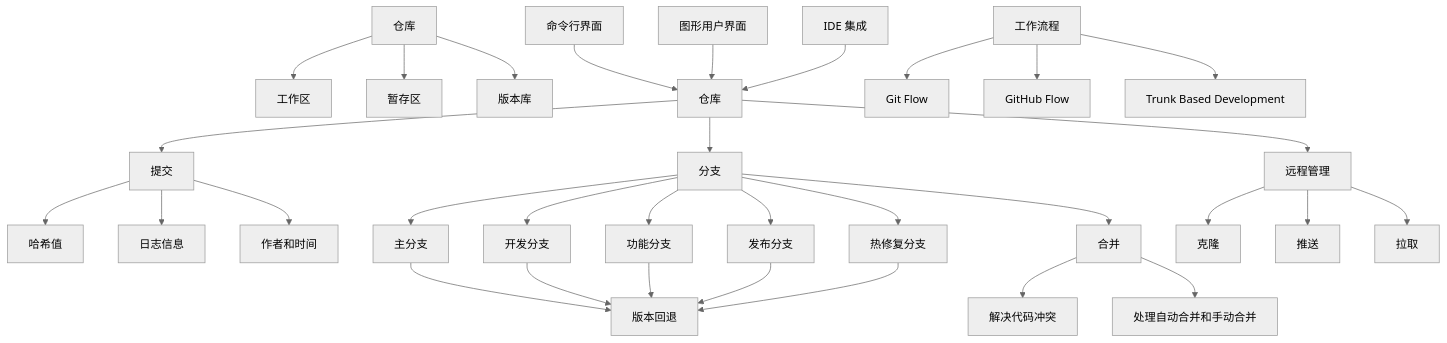
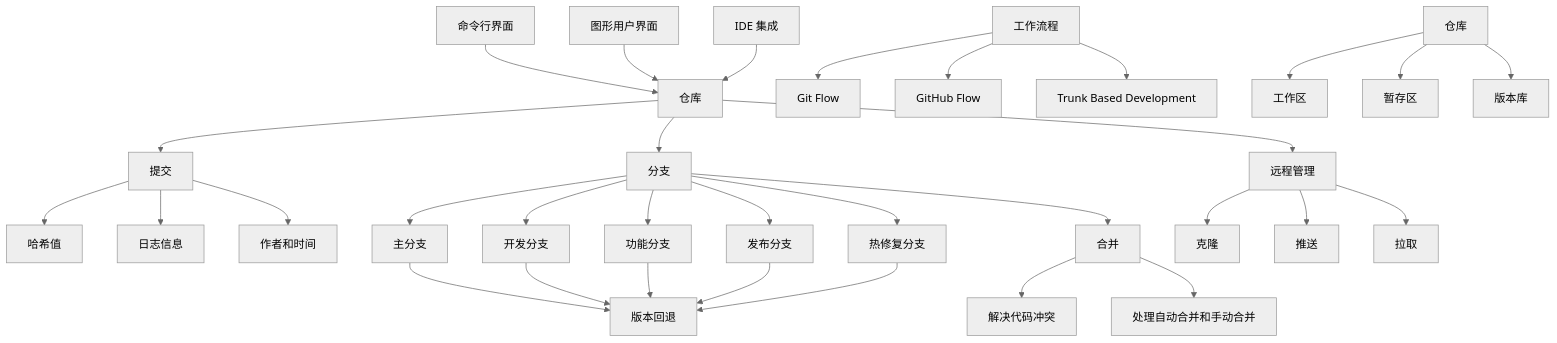
The diagram in README.md (apnpc/git-learnnig), drawn with Mermaid (neutral theme) before and after one commit. The commit also changed 19 other files, not shown here.

````diff
--- a/README.md
+++ b/README.md
@@ -24,36 +24,36 @@
 ```mermaid
 graph TD
   A[仓库] --> B[提交]
   A --> C[分支]
   A --> D[远程管理]
   C --> E[主分支]
   C --> F[开发分支]
   C --> G[功能分支]
   C --> H[发布分支]
   C --> I[热修复分支]
   B --> J[哈希值]
   B --> K[日志信息]
   B --> L[作者和时间]
   C --> M[合并]
   D --> N[克隆]
   D --> O[推送]
   D --> P[拉取]
   E --> Q[版本回退]
   F --> Q
   G --> Q
   H --> Q
   I --> Q
   M --> R[解决代码冲突]
   M --> S[处理自动合并和手动合并]
   T[工作流程] --> U[Git Flow]
   T --> V[GitHub Flow]
   T --> W[Trunk Based Development]
   X[命令行界面] --> A
   Y[图形用户界面] --> A
   Z[IDE 集成] --> A
-  1[仓库] --> 2[工作区]
-1[仓库] --> 3[暂存区]
-1[仓库] --> 4[版本库]
+  AA[仓库] --> AB[工作区]
+  AA --> AC[暂存区]
+  AA --> AD[版本库]
 
 
 ```
````
